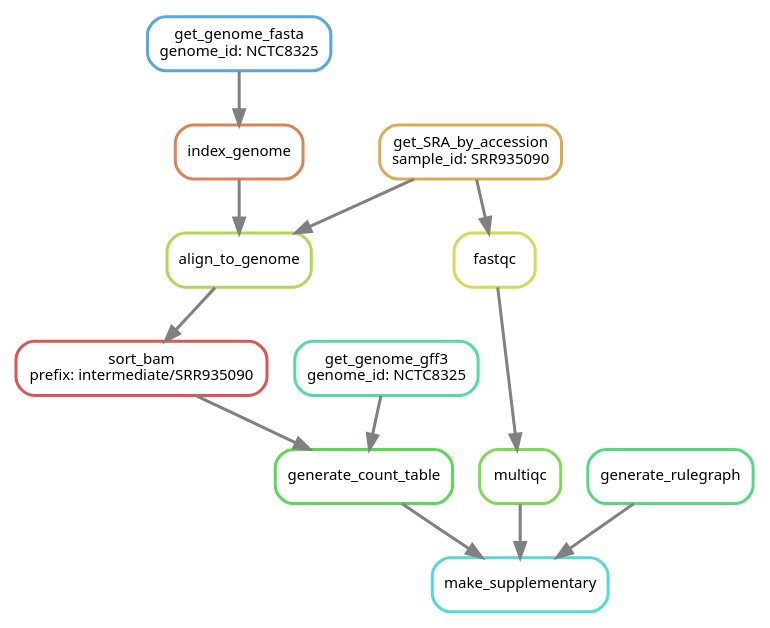
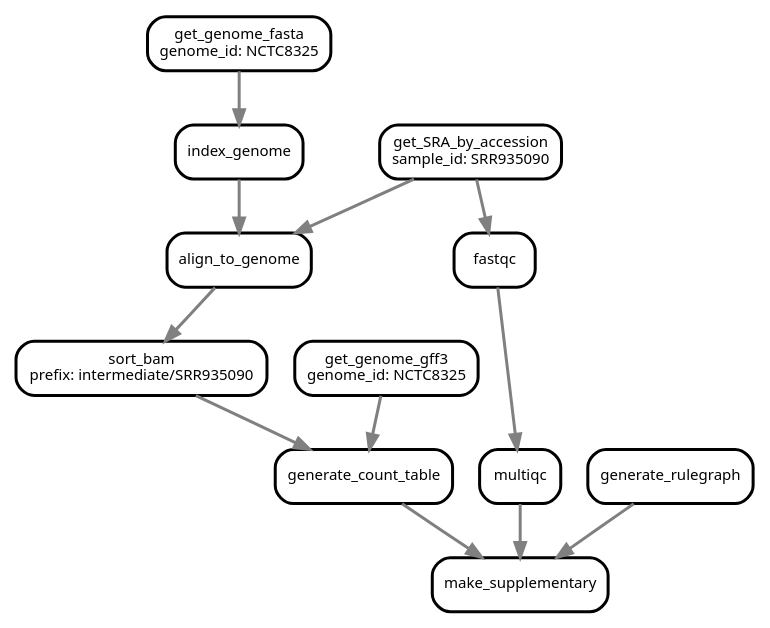
Before and after one commit to NBISweden/workshop-reproducible-research: the ninth of 12 diagrams in lectures/snakemake/snakemake.qmd, drawn with Graphviz. The commit also changed other lines of this file, not shown here.

````diff
--- a/lectures/snakemake/snakemake.qmd
+++ b/lectures/snakemake/snakemake.qmd
@@ -631,29 +631,29 @@
 ``` {dot}
 digraph snakemake_dag {
     graph[bgcolor=white, margin=1];
     node[shape=box, style=rounded, fontname=sans,                 fontsize=10, penwidth=2];
     edge[penwidth=2, color=grey];
-        0[label = "make_supplementary", color = "0.50 0.6 0.85", style="rounded"];
-        1[label = "generate_count_table", color = "0.33 0.6 0.85", style="rounded"];
-        2[label = "sort_bam\nprefix: intermediate/SRR935090", color = "0.00 0.6 0.85", style="rounded"];
-        3[label = "align_to_genome", color = "0.22 0.6 0.85", style="rounded"];
-        4[label = "get_SRA_by_accession\nsample_id: SRR935090", color = "0.11 0.6 0.85", style="rounded"];
-        5[label = "index_genome", color = "0.06 0.6 0.85", style="rounded"];
-        6[label = "get_genome_fasta\ngenome_id: NCTC8325", color = "0.56 0.6 0.85", style="rounded"];
-        7[label = "get_genome_gff3\ngenome_id: NCTC8325", color = "0.44 0.6 0.85", style="rounded"];
-        8[label = "multiqc", color = "0.28 0.6 0.85", style="rounded"];
-        9[label = "fastqc", color = "0.17 0.6 0.85", style="rounded"];
-        10[label = "generate_rulegraph", color = "0.39 0.6 0.85", style="rounded"];
+        0[label = "make_supplementary", color = "black", style="rounded"];
+        1[label = "generate_count_table", color = "black", style="rounded"];
+        2[label = "sort_bam\nprefix: intermediate/SRR935090", color = "black", style="rounded"];
+        3[label = "align_to_genome", color = "black", style="rounded"];
+        4[label = "get_SRA_by_accession\nsample_id: SRR935090", color = "black", style="rounded"];
+        5[label = "index_genome", color = "black", style="rounded"];
+        6[label = "get_genome_fasta\ngenome_id: NCTC8325", color = "black", style="rounded"];
+        7[label = "get_genome_gff3\ngenome_id: NCTC8325", color = "black", style="rounded"];
+        8[label = "multiqc", color = "black", style="rounded"];
+        9[label = "fastqc", color = "black", style="rounded"];
+        10[label = "generate_rulegraph", color = "black", style="rounded"];
         1 -> 0
         8 -> 0
         10 -> 0
         2 -> 1
         7 -> 1
         3 -> 2
         4 -> 3
         5 -> 3
         6 -> 5
         9 -> 8
         4 -> 9
 } 
 ```
````
